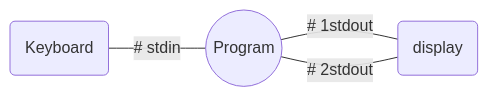
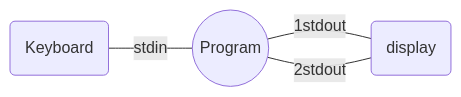
One commit to lemoneid/wiki_note changed the diagram in docs/1.Linux/A2.Linux命令.md. Above: the diagram before and after it, drawn with Mermaid. The commit also changed other lines of this file and 979 other files, not shown here.

````diff
--- a/docs/1.Linux/A2.Linux命令.md
+++ b/docs/1.Linux/A2.Linux命令.md
@@ -25,6 +25,6 @@
 ```mermaid
 graph LR
-	A(Keyboard) --# stdin--- B((Program))
-    B--# 1stdout--- C(display)
- 	B--# 2stdout--- C(display)
+	A(Keyboard) -- stdin--- B((Program))
+    B-- 1stdout--- C(display)
+ 	B-- 2stdout--- C(display)
 ```
````
